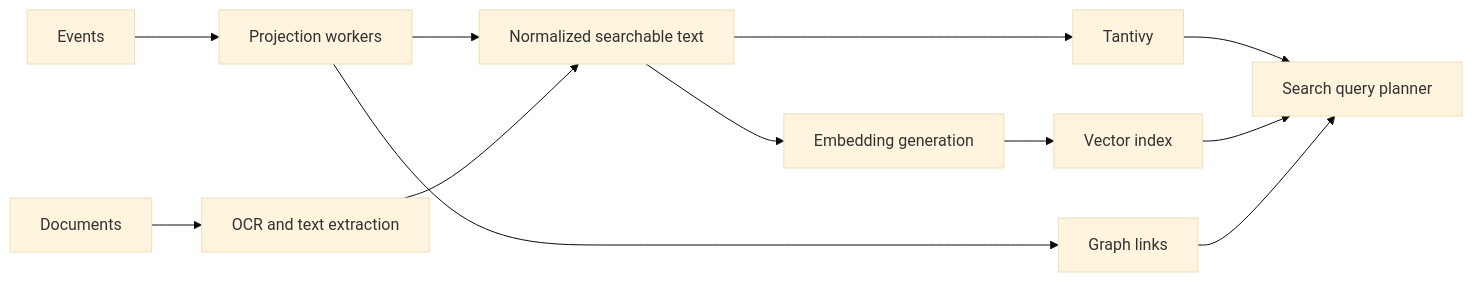
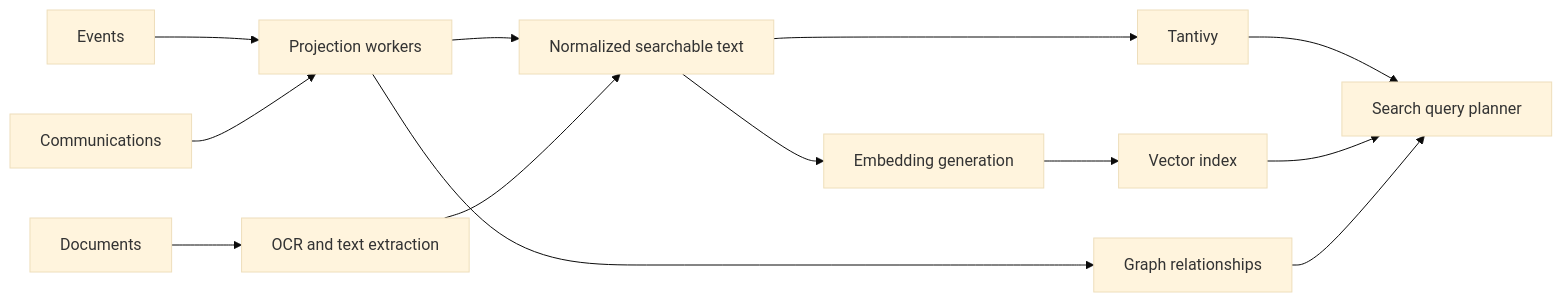
The diagram in docs/domains/search-architecture.md (Mesteriis/hermes-os), drawn with Mermaid (base theme) before and after one commit. The commit also changed other lines of this file and 110 other files, not shown here.

````diff
--- a/docs/domains/search-architecture.md
+++ b/docs/domains/search-architecture.md
@@ -57,14 +65,15 @@
 ```mermaid
 flowchart LR
     Events["Events"] --> Projectors["Projection workers"]
     Documents["Documents"] --> Extraction["OCR and text extraction"]
+    Communications["Communications"] --> Projectors
     Projectors --> Text["Normalized searchable text"]
     Extraction --> Text
     Text --> Tantivy["Tantivy"]
     Text --> Embeddings["Embedding generation"]
     Embeddings --> Vector["Vector index"]
-    Projectors --> Graph["Graph links"]
+    Projectors --> Graph["Graph relationships"]
     Tantivy --> Query["Search query planner"]
     Vector --> Query
     Graph --> Query
 ```
````
